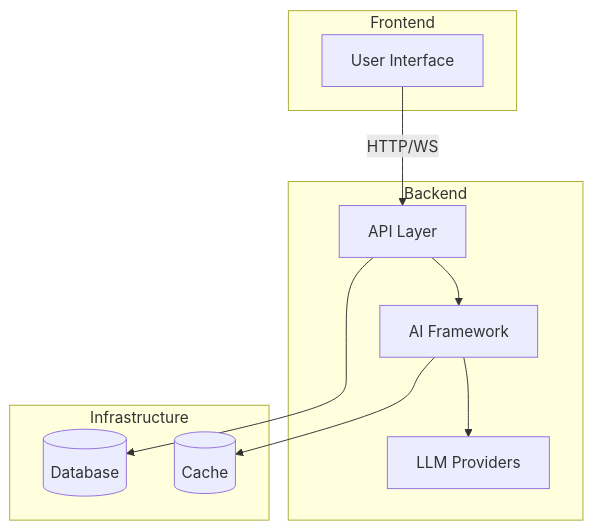
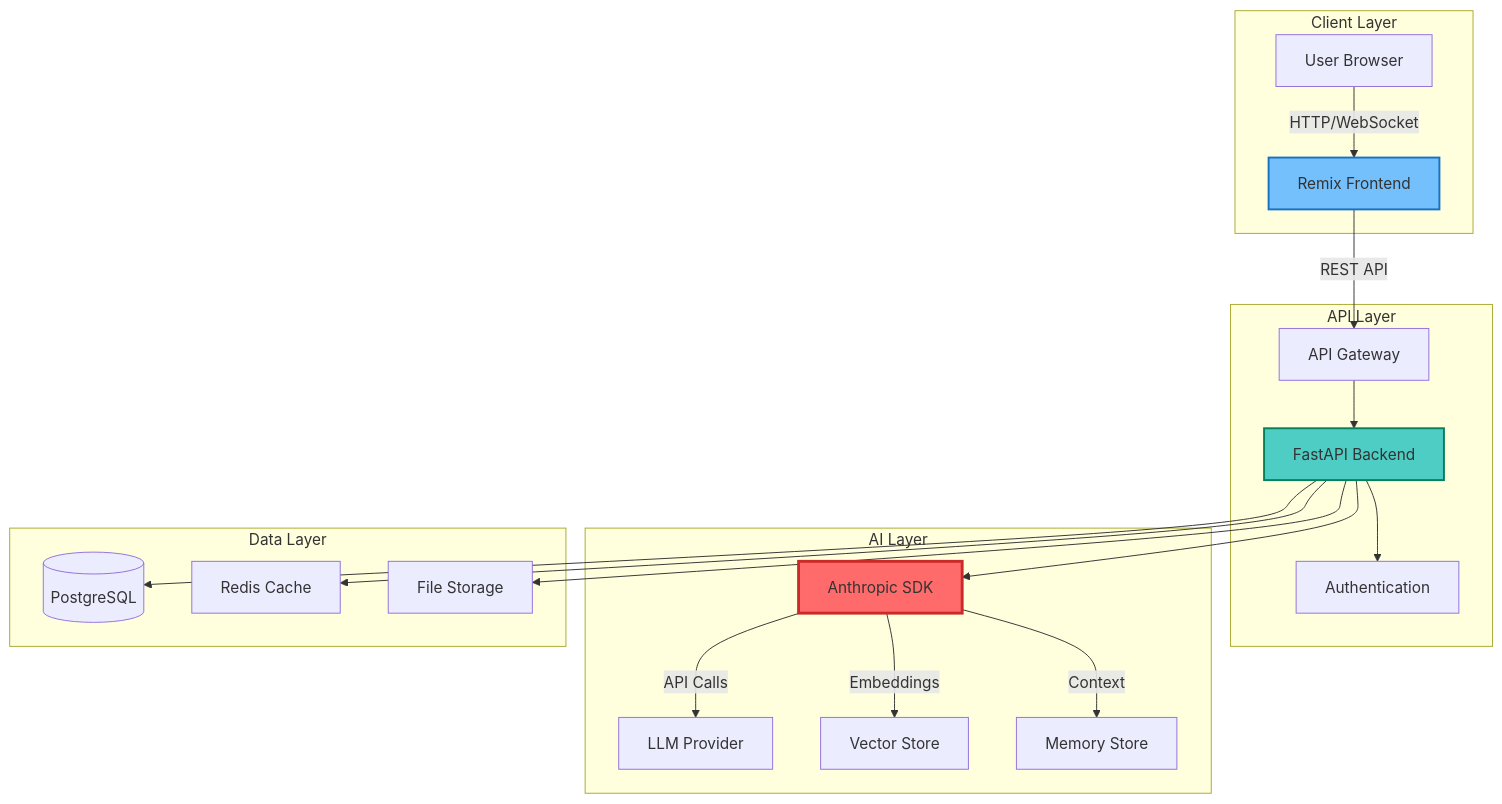
The diagram in README.md (mk-knight23/AI-SDK-ANTHROPIC), drawn with Mermaid before and after one commit. The commit also changed other lines of this file, not shown here.

````diff
--- a/README.md
+++ b/README.md
@@ -92,23 +332,42 @@
 ```mermaid
 graph TB
-    subgraph "Frontend"
-        UI[User Interface]
+    subgraph "Client Layer"
+        A[User Browser]
+        B[Remix Frontend]
     end
-    
-    subgraph "Backend"
-        API[API Layer]
-        Core[AI Framework]
-        Providers[LLM Providers]
+
+    subgraph "API Layer"
+        C[API Gateway]
+        D[FastAPI Backend]
+        E[Authentication]
     end
-    
-    subgraph "Infrastructure"
-        DB[(Database)]
-        Cache[(Cache)]
+
+    subgraph "AI Layer"
+        F[Anthropic SDK]
+        G[LLM Provider]
+        H[Vector Store]
+        I[Memory Store]
     end
-    
-    UI -->|HTTP/WS| API
-    API --> Core
-    Core --> Providers
-    API --> DB
-    Core --> Cache
+
+    subgraph "Data Layer"
+        J[(PostgreSQL)]
+        K[Redis Cache]
+        L[File Storage]
+    end
+
+    A -->|HTTP/WebSocket| B
+    B -->|REST API| C
+    C --> D
+    D --> E
+    D --> F
+    F -->|API Calls| G
+    F -->|Embeddings| H
+    F -->|Context| I
+    D --> J
+    D --> K
+    D --> L
+
+    style F fill:#ff6b6b,stroke:#c92a2a,stroke-width:3px
+    style D fill:#4ecdc4,stroke:#087f5b,stroke-width:2px
+    style B fill:#74c0fc,stroke:#1971c2,stroke-width:2px
 ```
````
